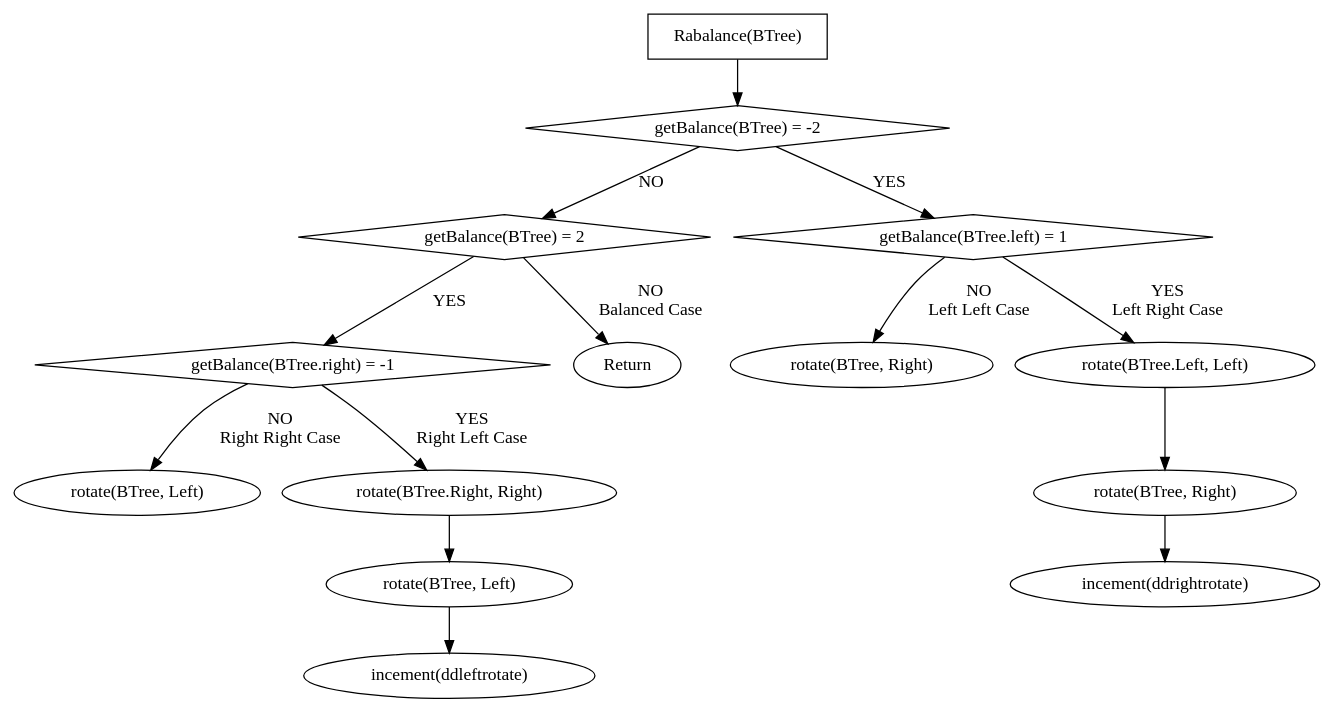
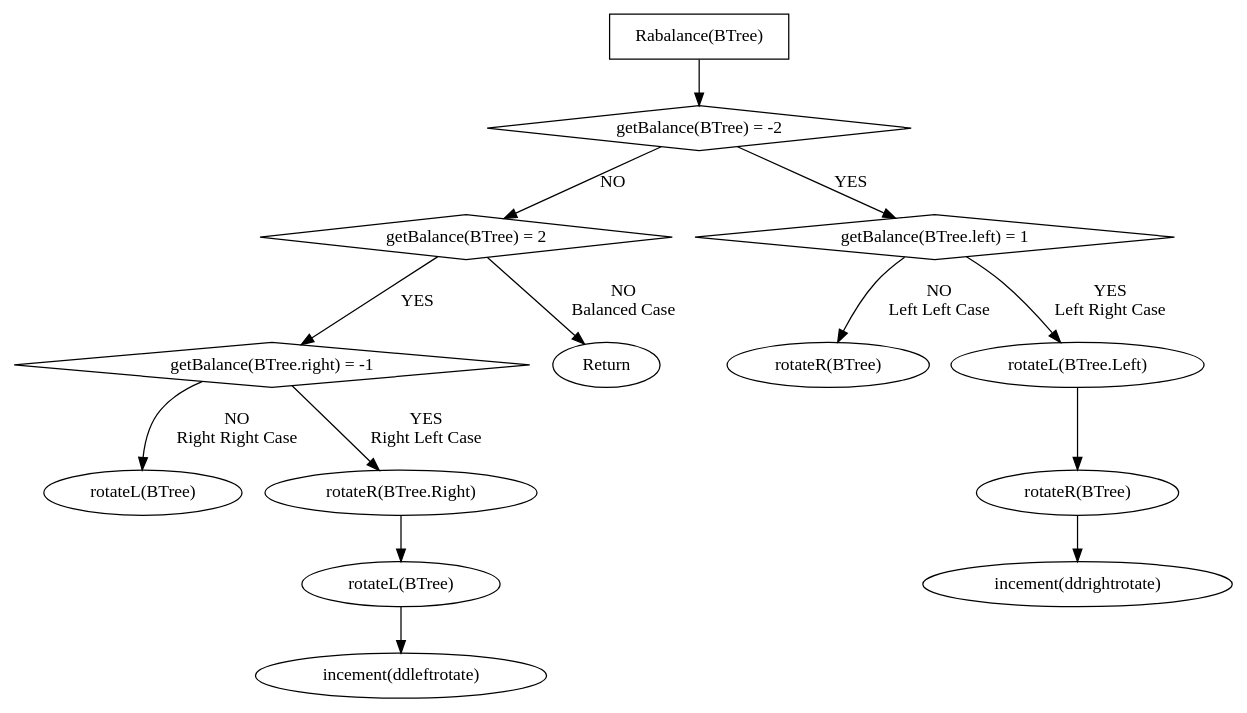
Before and after one commit to hugoppp-uni/Hausarbeit-Algorithmen-und-Datenstrukturen: the diagram in doc/graphviz/rebalance.gv, drawn with Graphviz. The commit also changed 4 other files, not shown here.

Commit message:
Graphviz: Add rotate left and right

```diff
--- a/doc/graphviz/rebalance.gv
+++ b/doc/graphviz/rebalance.gv
@@ -1,29 +1,29 @@
 digraph G {
     rebalance [label = "Rabalance(BTree)" shape = box]
     check2Neg [label = "getBalance(BTree) = -2" shape = diamond]
     check2Pos [label = "getBalance(BTree) = 2" shape = diamond]
     check1Pos [label = "getBalance(BTree.left) = 1" shape = diamond]
     check1Neg [label = "getBalance(BTree.right) = -1" shape = diamond]
 
-    RightRight [label = "rotate(BTree, Left)"]
-    LeftLeft [label = "rotate(BTree, Right)"]
+    RightRight [label = "rotateL(BTree)"]
+    LeftLeft [label = "rotateR(BTree)"]
 
-    RightLeft [label = "rotate(BTree.Right, Right)"]
-    RightLeft -> "rotate(BTree, Left)" -> "incement(ddleftrotate)"
-    LeftRight [label = "rotate(BTree.Left, Left)"]
-    LeftRight -> "rotate(BTree, Right)" -> "incement(ddrightrotate)"
+    RightLeft [label = "rotateR(BTree.Right)"]
+    RightLeft -> "rotateL(BTree)" -> "incement(ddleftrotate)"
+    LeftRight [label = "rotateL(BTree.Left)"]
+    LeftRight -> "rotateR(BTree)" -> "incement(ddrightrotate)"
 
     rebalance -> check2Neg
 
     check2Neg -> check1Pos [label = "YES"]
     check1Pos -> LeftRight [label = "YES\nLeft Right Case"]
     check1Pos -> LeftLeft [label = "NO\nLeft Left Case"]
 
     check2Neg -> check2Pos [label = "NO"]
     check2Pos -> check1Neg [label = "YES"]
     check1Neg -> RightLeft [label = "YES\nRight Left Case"]
     check1Neg -> RightRight [label = "NO\nRight Right Case"]
 
     check2Pos -> "Return" [label = "NO\nBalanced Case"]
 
 }
```
